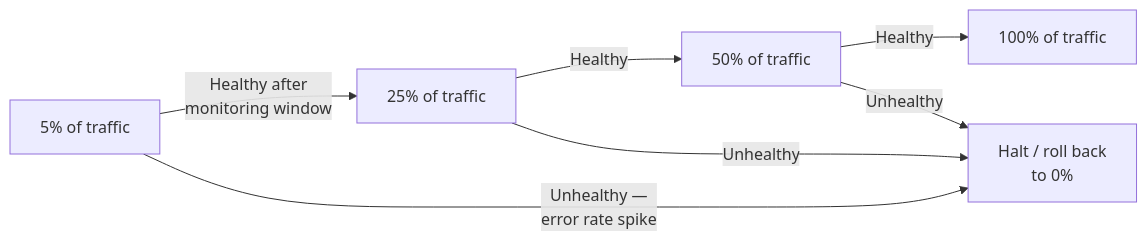
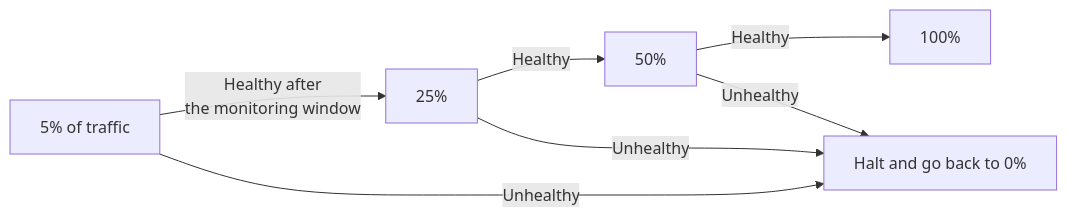
Before and after one commit to francoandreDev/knowledge: the first of 2 diagrams in src/content/infra-delivery/progressive-delivery/L2-concept.mdx, drawn with Mermaid. The commit also changed other lines of this file and 3 other files, not shown here.

````diff
--- a/src/content/infra-delivery/progressive-delivery/L2-concept.mdx
+++ b/src/content/infra-delivery/progressive-delivery/L2-concept.mdx
@@ -66,9 +32,9 @@
 ```mermaid
 flowchart LR
-    A["5% of traffic"] -->|"Healthy after\nmonitoring window"| B["25% of traffic"]
-    B -->|"Healthy"| C["50% of traffic"]
-    C -->|"Healthy"| D["100% of traffic"]
-    A -->|"Unhealthy —\nerror rate spike"| E["Halt / roll back\nto 0%"]
+    A["5% of traffic"] -->|"Healthy after<br/>the monitoring window"| B["25%"]
+    B -->|"Healthy"| C["50%"]
+    C -->|"Healthy"| D["100%"]
+    A -->|"Unhealthy"| E["Halt and go back to 0%"]
     B -->|"Unhealthy"| E
     C -->|"Unhealthy"| E
 ```
````
